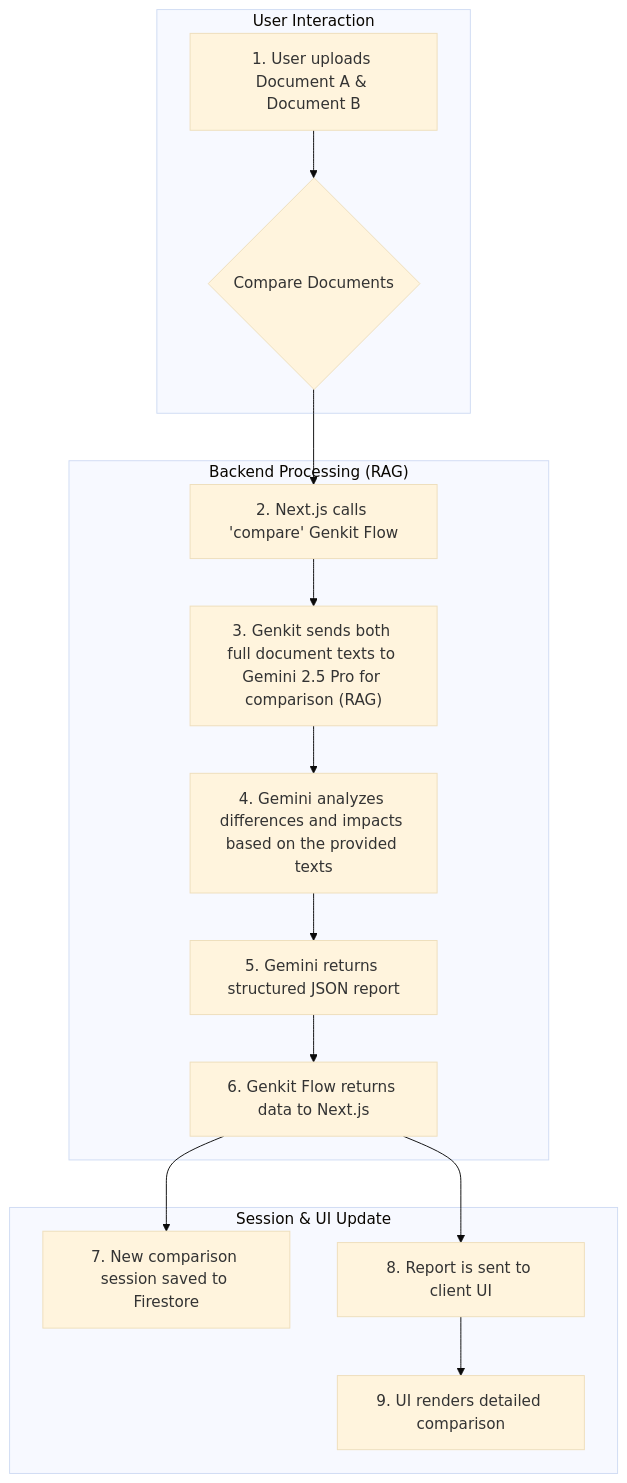
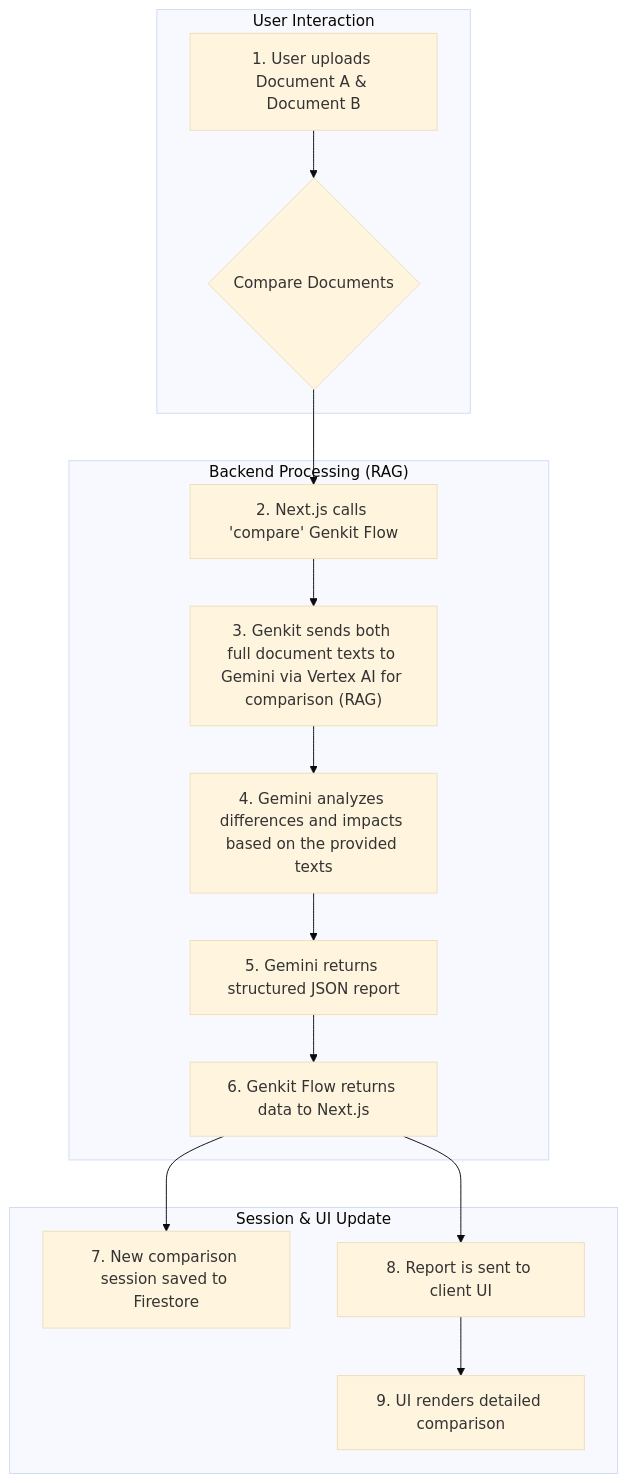
One commit to RD500/Vidhik changed the third of 3 diagrams in README.md. Above: the diagram before and after it, drawn with Mermaid (base theme). The commit also changed other lines of this file, not shown here.

````diff
--- a/README.md
+++ b/README.md
@@ -151,18 +151,18 @@
 ```mermaid
 graph TD
     subgraph User Interaction
         A[1. User uploads Document A & Document B] --> B{Compare Documents};
     end
     subgraph "Backend Processing (RAG)"
         B --> C[2. Next.js calls 'compare' Genkit Flow];
-        C --> D["3. Genkit sends both full document texts to Gemini 2.5 Pro for comparison (RAG)"];
+        C --> D["3. Genkit sends both full document texts to Gemini via Vertex AI for comparison (RAG)"];
         D --> E[4. Gemini analyzes differences and impacts based on the provided texts];
         E --> F[5. Gemini returns structured JSON report];
         F --> G[6. Genkit Flow returns data to Next.js];
     end
     subgraph Session & UI Update
         G --> H[7. New comparison session saved to Firestore];
         G --> I[8. Report is sent to client UI];
         I --> J[9. UI renders detailed comparison];
     end
 ```
````
